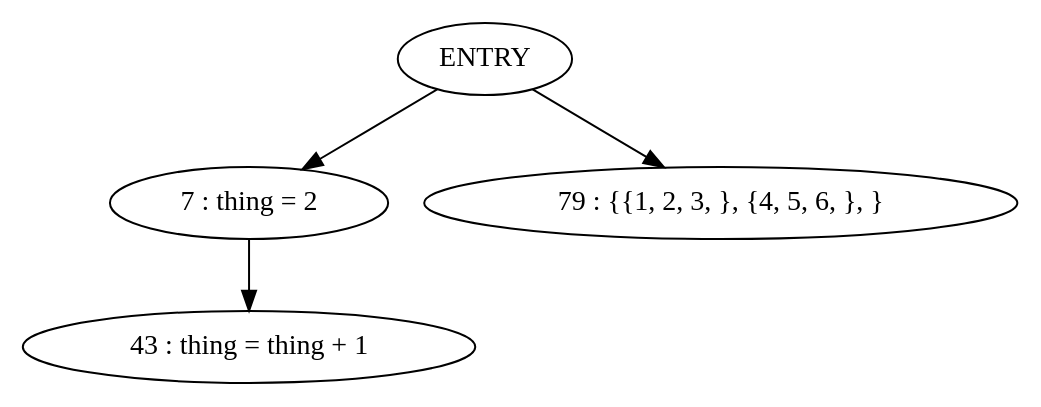
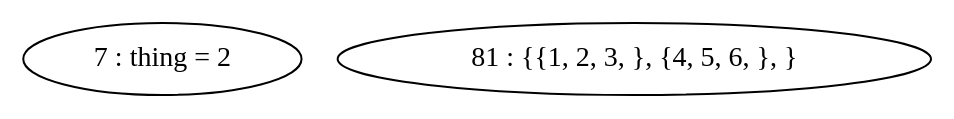
Before and after one commit to thomassimko/thesis-code-duplication: the diagram in pdg/source/testFile-getArray.gv, drawn with Graphviz. The commit also changed 113 other files, not shown here.

```diff
--- a/pdg/source/testFile-getArray.gv
+++ b/pdg/source/testFile-getArray.gv
@@ -1,7 +1,4 @@
 digraph G {
 "7 : thing = 2"
-"7 : thing = 2" -> "43 : thing = thing + 1"
-"79 : {{1, 2, 3, }, {4, 5, 6, }, }"
-ENTRY -> "79 : {{1, 2, 3, }, {4, 5, 6, }, }"
-ENTRY -> "7 : thing = 2"
+"81 : {{1, 2, 3, }, {4, 5, 6, }, }"
 }
```
